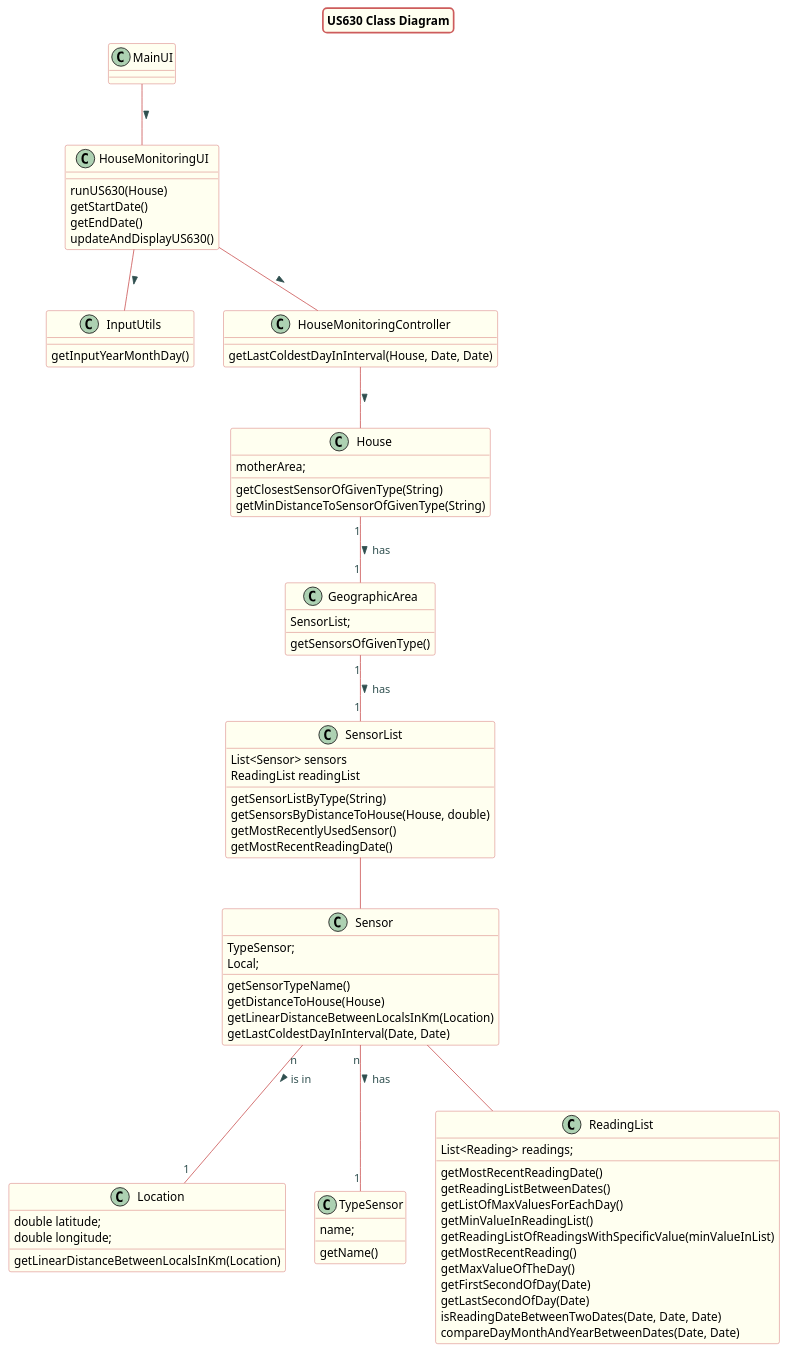
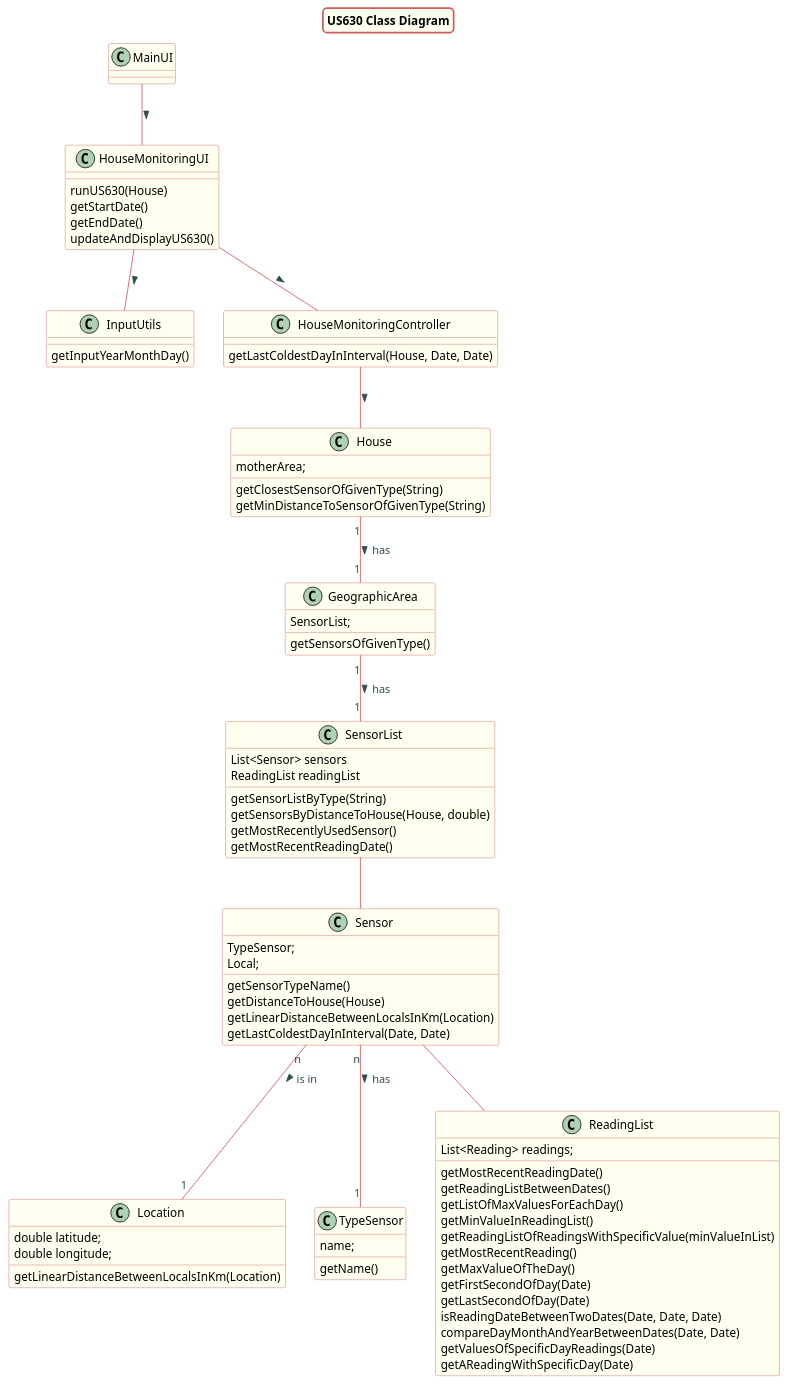
Before and after one commit to Almadanmp/project: the diagram in src/doc/Controllers/HouseMonitoring/US630/US630_cd_HouseMonitoring.puml, drawn with PlantUML. The commit also changed 1 other file, not shown here.

```diff
--- a/src/doc/Controllers/HouseMonitoring/US630/US630_cd_HouseMonitoring.puml
+++ b/src/doc/Controllers/HouseMonitoring/US630/US630_cd_HouseMonitoring.puml
@@ -1,113 +1,114 @@
 @startuml
 title US630 Class Diagram
 
 skinparam titleBorderRoundCorner 10
 skinparam titleBorderThickness 2
 skinparam titleBorderColor indianred
 skinparam titleBackgroundColor ivory
 skinparam FontName verdana
 
 skinparam class {
  	BorderColor indianred
  	BackgroundColor indianred
  	BackgroundColor ivory
     roundcorner 10
     ArrowFontName Verdana
     ArrowColor indianred
     ArrowFontColor darkslategrey
  }
 
 class House
 MainUI -- HouseMonitoringUI : >
 HouseMonitoringUI -- InputUtils : >
 HouseMonitoringUI -- HouseMonitoringController : >
 HouseMonitoringController -- House : >
 House "1" -- "1" GeographicArea : has >
 GeographicArea "1" -- "1" SensorList : has >
 SensorList -- Sensor
 Sensor "n" -- "1" Location: is in >
 Sensor "n" -- "1" TypeSensor: has >
 Sensor -- ReadingList
 
 class HouseMonitoringUI {
 runUS630(House)
 getStartDate()
 getEndDate()
 updateAndDisplayUS630()
 }
 
 class InputUtils{
 getInputYearMonthDay()
 }
 
 class HouseMonitoringController {
 getLastColdestDayInInterval(House, Date, Date)
 }
 
 class House{
 motherArea;
 
 getClosestSensorOfGivenType(String)
 getMinDistanceToSensorOfGivenType(String)
 }
 
 class GeographicArea{
 SensorList;
 
 getSensorsOfGivenType()
 }
 
 class SensorList{
 List<Sensor> sensors
 ReadingList readingList
 
 getSensorListByType(String)
 getSensorsByDistanceToHouse(House, double)
 getMostRecentlyUsedSensor()
 getMostRecentReadingDate()
 }
 
 class Sensor{
 TypeSensor;
 Local;
 
 getSensorTypeName()
 getDistanceToHouse(House)
 getLinearDistanceBetweenLocalsInKm(Location)
 getLastColdestDayInInterval(Date, Date)
 }
 
 class TypeSensor{
 name;
 
 getName()
 }
 
 
 
 class Location{
 double latitude;
 double longitude;
 
 getLinearDistanceBetweenLocalsInKm(Location)
 }
 
 class ReadingList{
 List<Reading> readings;
 
 getMostRecentReadingDate()
 getReadingListBetweenDates()
 getListOfMaxValuesForEachDay()
 getMinValueInReadingList()
 getReadingListOfReadingsWithSpecificValue(minValueInList)
 getMostRecentReading()
 getMaxValueOfTheDay()
 getFirstSecondOfDay(Date)
 getLastSecondOfDay(Date)
 isReadingDateBetweenTwoDates(Date, Date, Date)
 compareDayMonthAndYearBetweenDates(Date, Date)
-
+getValuesOfSpecificDayReadings(Date)
+getAReadingWithSpecificDay(Date)
 
 }
 
 @enduml
```
